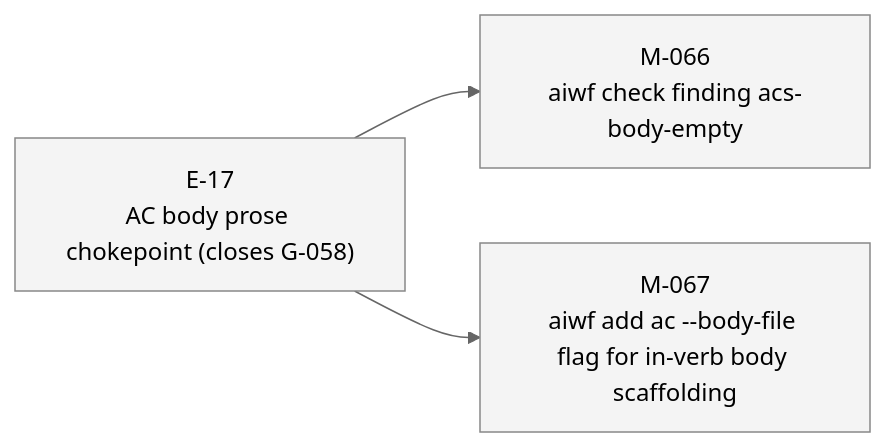
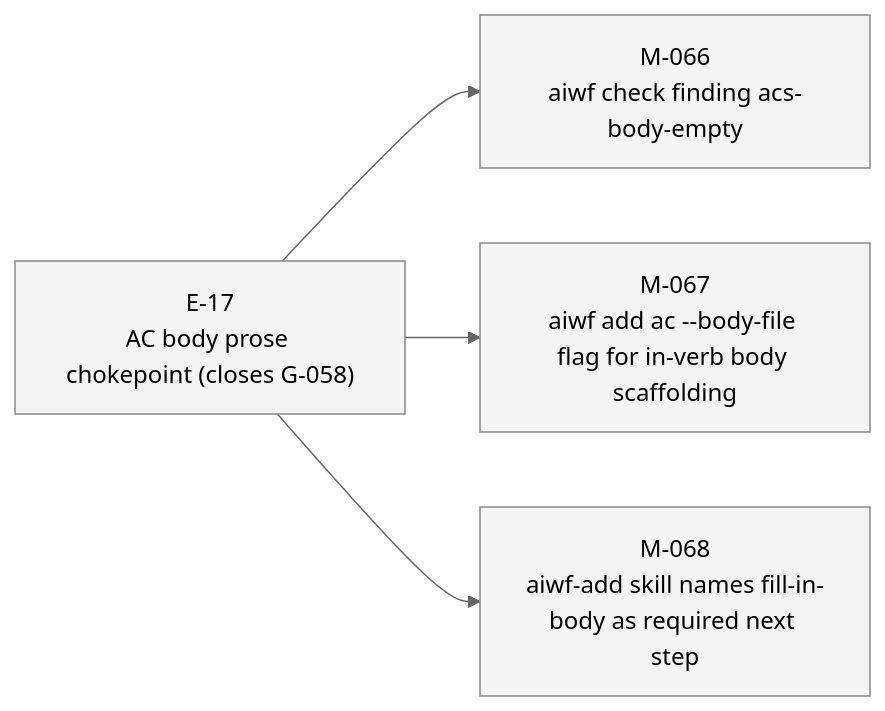
Before and after one commit to 23min/aiwf: the third of 3 diagrams in STATUS.md, drawn with Mermaid (neutral theme). The commit also changed other lines of this file and 1 other file, not shown here.

First line of the commit message:
aiwf add milestone M-068 "aiwf-add skill names fill-in-body as required next step"

````diff
--- a/STATUS.md
+++ b/STATUS.md
@@ -59,14 +60,16 @@
 ```mermaid
 flowchart LR
   E_17["E-17<br/>AC body prose chokepoint (closes G-058)"]:::epic_proposed
   M_066["M-066<br/>aiwf check finding acs-body-empty"]:::ms_draft
   E_17 --> M_066
   M_067["M-067<br/>aiwf add ac --body-file flag for in-verb body scaffolding"]:::ms_draft
   E_17 --> M_067
+  M_068["M-068<br/>aiwf-add skill names fill-in-body as required next step"]:::ms_draft
+  E_17 --> M_068
   classDef epic_active fill:#d6eaff,stroke:#1a73e8,color:#000
   classDef epic_proposed fill:#f4f4f4,stroke:#888,color:#000
   classDef ms_done fill:#d8f5d8,stroke:#2a8a2a,color:#000
   classDef ms_in_progress fill:#fff3c4,stroke:#caa400,color:#000
   classDef ms_draft fill:#f4f4f4,stroke:#888,color:#000
   classDef ms_cancelled fill:#fbeaea,stroke:#c33,color:#000
 ```
````
